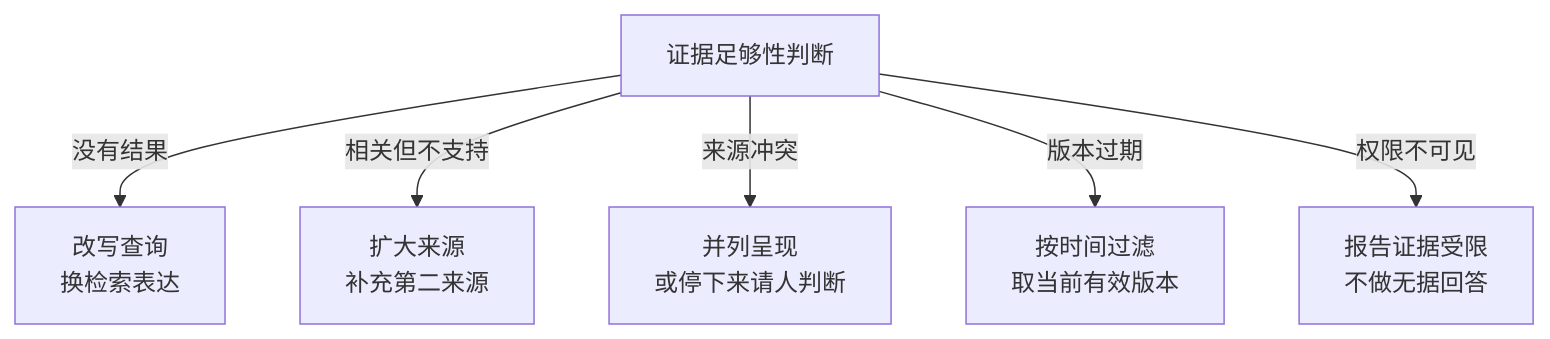
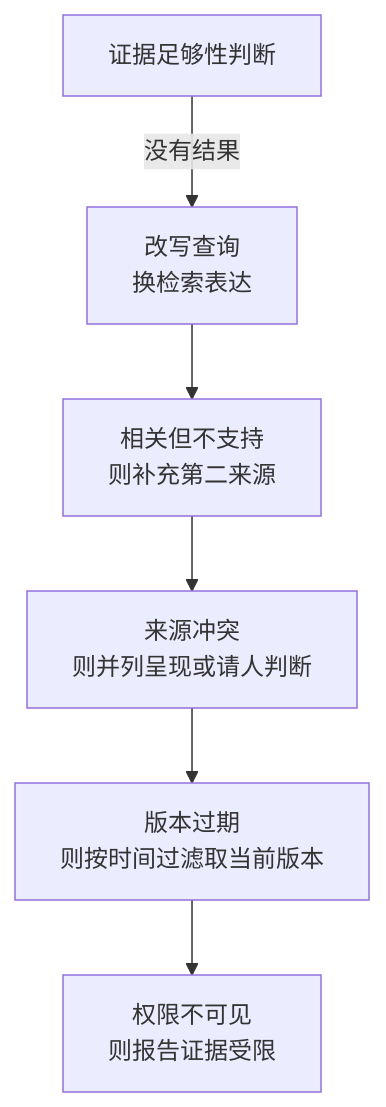
Before and after one commit to hub138/technical-knowledge: the first of 2 diagrams in vault/工程知识/AI 系统工程：从模型能力到生产能力/知识与检索/检索从一次查询演进为有状态的证据获取.md, drawn with Mermaid. The commit also changed other lines of this file and 622 other files, not shown here.

````diff
--- a/vault/工程知识/AI 系统工程：从模型能力到生产能力/知识与检索/检索从一次查询演进为有状态的证据获取.md
+++ b/vault/工程知识/AI 系统工程：从模型能力到生产能力/知识与检索/检索从一次查询演进为有状态的证据获取.md
@@ -73,8 +103,8 @@
 ```mermaid
-graph TD
+flowchart TD
     Q["证据足够性判断"] -->|"没有结果"| R["改写查询<br/>换检索表达"]
-    Q -->|"相关但不支持"| X["扩大来源<br/>补充第二来源"]
-    Q -->|"来源冲突"| J["并列呈现<br/>或停下来请人判断"]
-    Q -->|"版本过期"| V["按时间过滤<br/>取当前有效版本"]
-    Q -->|"权限不可见"| P["报告证据受限<br/>不做无据回答"]
+    R --> X["相关但不支持<br/>则补充第二来源"]
+    X --> J["来源冲突<br/>则并列呈现或请人判断"]
+    J --> V["版本过期<br/>则按时间过滤取当前版本"]
+    V --> P["权限不可见<br/>则报告证据受限"]
 ```
````
